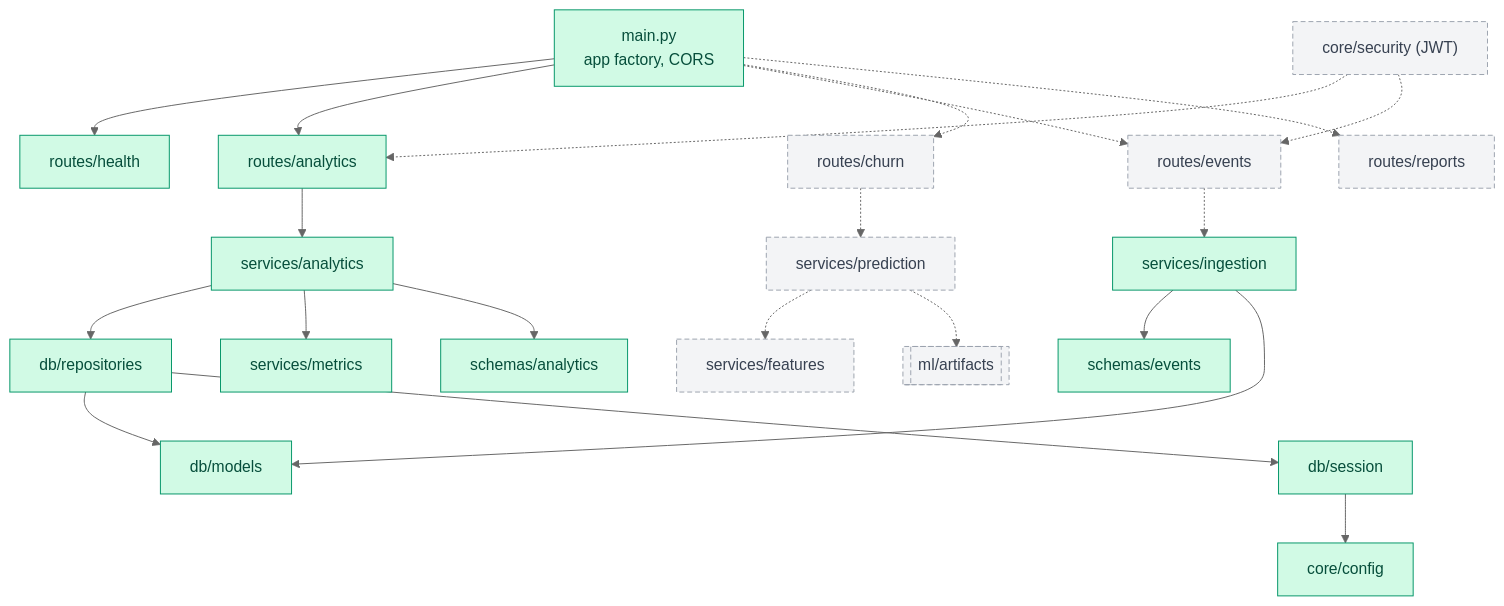
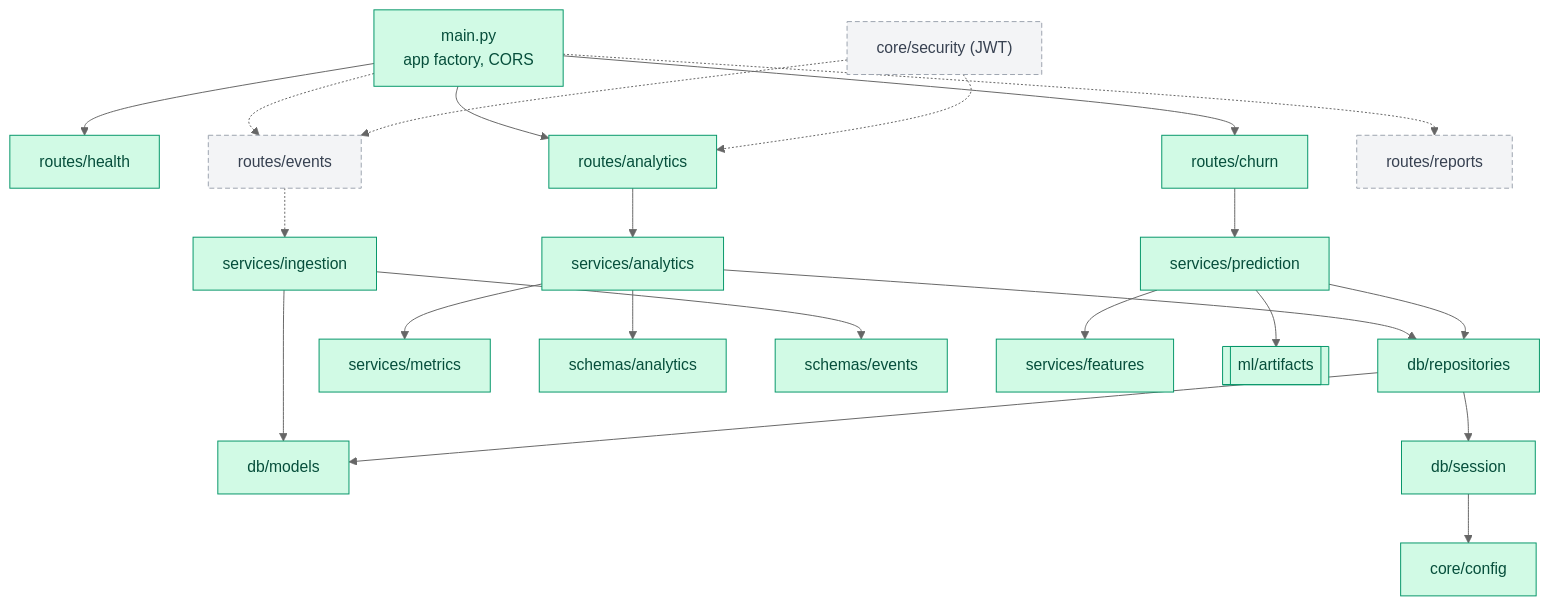
The first of 7 diagrams in docs/03-system-design.md (yashdiwan12/Churnscope), drawn with Mermaid (neutral theme) before and after one commit. The commit also changed other lines of this file and 31 other files, not shown here.

Commit message:
feat: phase 4 churn model (features, training, evaluation, artifact, /churn/predict) and model card

````diff
--- a/docs/03-system-design.md
+++ b/docs/03-system-design.md
@@ -20,28 +20,29 @@
 ```mermaid
 flowchart TD
     main["main.py<br/>app factory, CORS"] --> health["routes/health"]
     main --> ar["routes/analytics"]
     main -.-> er["routes/events"]
-    main -.-> cr["routes/churn"]
+    main --> cr["routes/churn"]
     main -.-> rr["routes/reports"]
     ar --> asv["services/analytics"]
     asv --> repo["db/repositories"]
     asv --> met["services/metrics"]
     asv --> sch["schemas/analytics"]
     er -.-> ing["services/ingestion"]
     ing --> evs["schemas/events"]
     ing --> mod["db/models"]
     repo --> mod
     repo --> ses["db/session"]
     ses --> cfg["core/config"]
-    cr -.-> pred["services/prediction"]
-    pred -.-> feat["services/features"]
-    pred -.-> art[["ml/artifacts"]]
+    cr --> pred["services/prediction"]
+    pred --> feat["services/features"]
+    pred --> repo
+    pred --> art[["ml/artifacts"]]
     sec["core/security (JWT)"] -.-> ar
     sec -.-> er
 
-    class main,health,ar,asv,repo,met,sch,ing,evs,mod,ses,cfg built
-    class er,cr,rr,pred,feat,art,sec planned
+    class main,health,ar,asv,repo,met,sch,ing,evs,mod,ses,cfg,cr,pred,feat,art built
+    class er,rr,sec planned
     classDef built fill:#d1fae5,stroke:#059669,color:#064e3b
     classDef planned fill:#f3f4f6,stroke:#9ca3af,stroke-dasharray: 5 3,color:#374151
 ```
````
